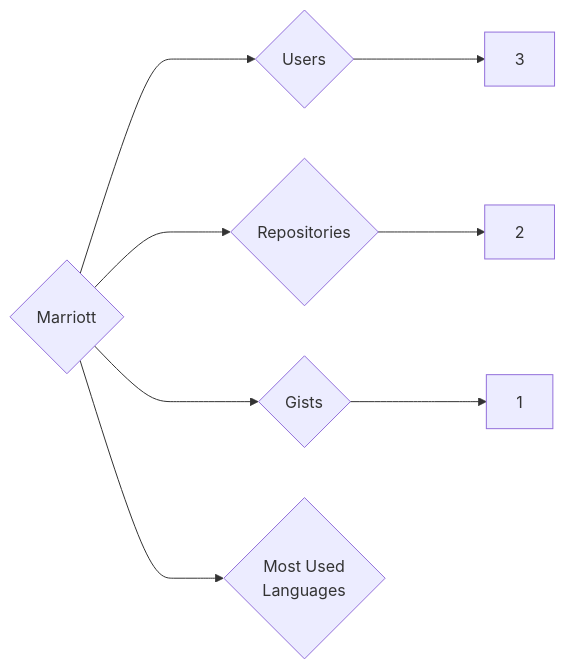
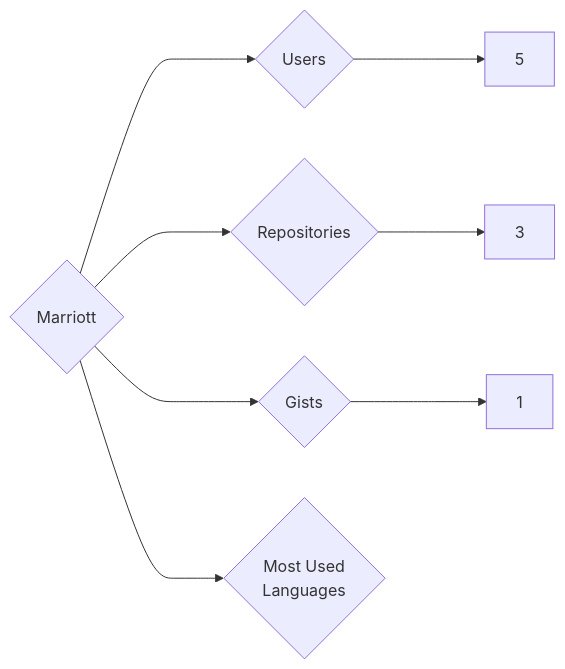
Before and after one commit to trickest/insiders: the diagram in targets/Marriott/README.md, drawn with Mermaid. The commit also changed 1389 other files, not shown here.

````diff
--- a/targets/Marriott/README.md
+++ b/targets/Marriott/README.md
@@ -3,8 +3,8 @@
 ```mermaid
 graph LR
 COMPANY_NAME{Marriott}
-COMPANY_NAME ---> U{Users} ---> UN[3]
-COMPANY_NAME ---> R{Repositories} ---> RN[2]
+COMPANY_NAME ---> U{Users} ---> UN[5]
+COMPANY_NAME ---> R{Repositories} ---> RN[3]
 COMPANY_NAME ---> G{Gists} ---> GN[1]
 COMPANY_NAME ---> ML{Most Used<br>Languages}
 ```
````
